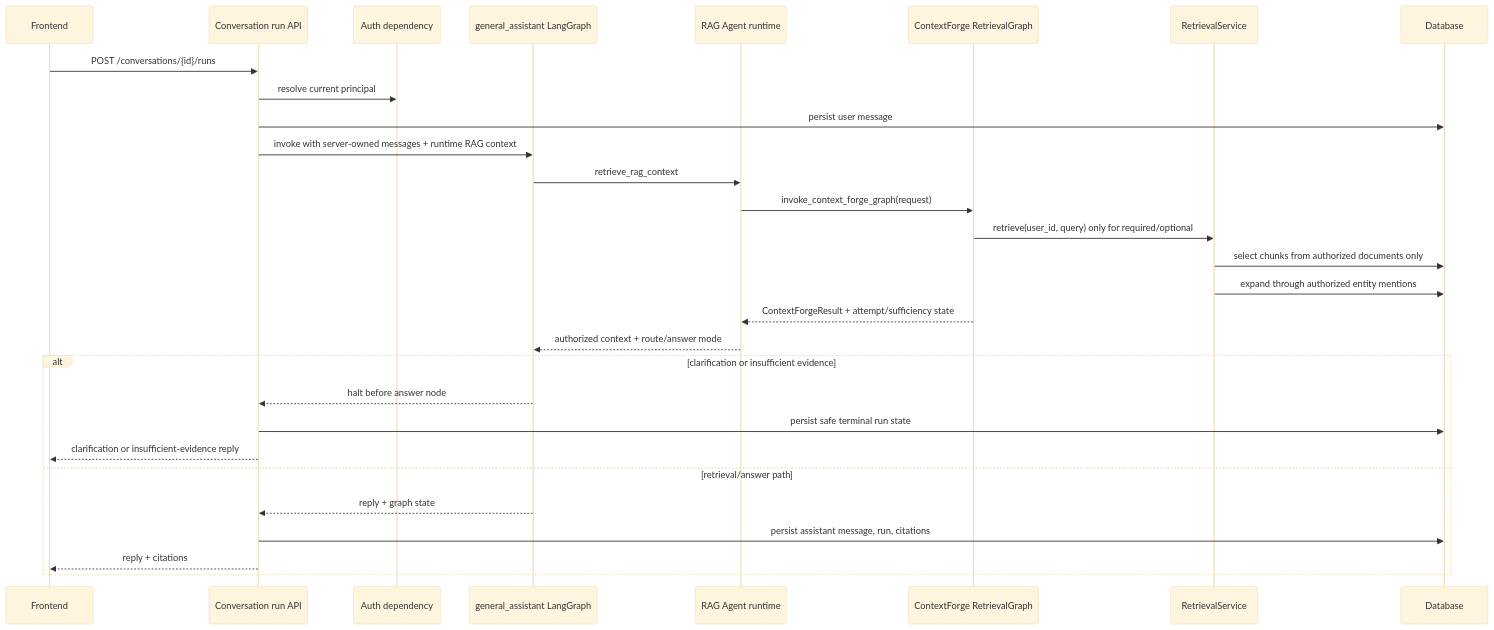
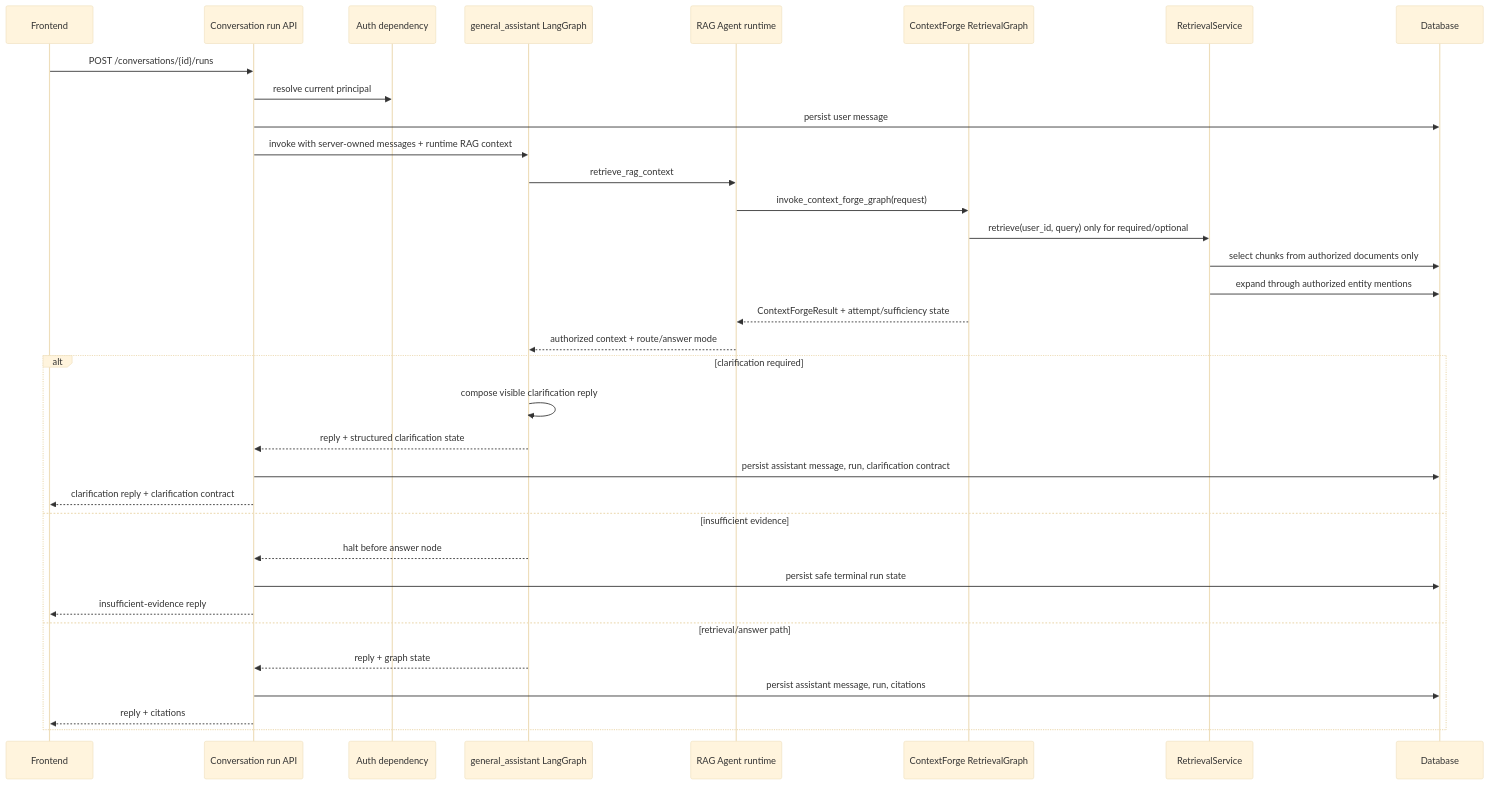
Before and after one commit to heecheon92/my-agents: the first of 3 diagrams in docs/product-chat-service/en/06-permission-aware-rag.md, drawn with Mermaid (base theme). The commit also changed 13 other files, not shown here.

First line of the commit message:
Preserve visible assistant replies for RAG clarification

````diff
--- a/docs/product-chat-service/en/06-permission-aware-rag.md
+++ b/docs/product-chat-service/en/06-permission-aware-rag.md
@@ -46,32 +46,37 @@
 ```mermaid
 sequenceDiagram
     participant UI as Frontend
     participant API as Conversation run API
     participant Auth as Auth dependency
     participant G as general_assistant LangGraph
     participant RAG as RAG Agent runtime
     participant CG as ContextForge RetrievalGraph
     participant R as RetrievalService
     participant DB as Database
 
     UI->>API: POST /conversations/{id}/runs
     API->>Auth: resolve current principal
     API->>DB: persist user message
     API->>G: invoke with server-owned messages + runtime RAG context
     G->>RAG: retrieve_rag_context
     RAG->>CG: invoke_context_forge_graph(request)
     CG->>R: retrieve(user_id, query) only for required/optional
     R->>DB: select chunks from authorized documents only
     R->>DB: expand through authorized entity mentions
     CG-->>RAG: ContextForgeResult + attempt/sufficiency state
     RAG-->>G: authorized context + route/answer mode
-    alt clarification or insufficient evidence
+    alt clarification required
+        G->>G: compose visible clarification reply
+        G-->>API: reply + structured clarification state
+        API->>DB: persist assistant message, run, clarification contract
+        API-->>UI: clarification reply + clarification contract
+    else insufficient evidence
         G-->>API: halt before answer node
         API->>DB: persist safe terminal run state
-        API-->>UI: clarification or insufficient-evidence reply
+        API-->>UI: insufficient-evidence reply
     else retrieval/answer path
         G-->>API: reply + graph state
         API->>DB: persist assistant message, run, citations
         API-->>UI: reply + citations
     end
 ```
````
